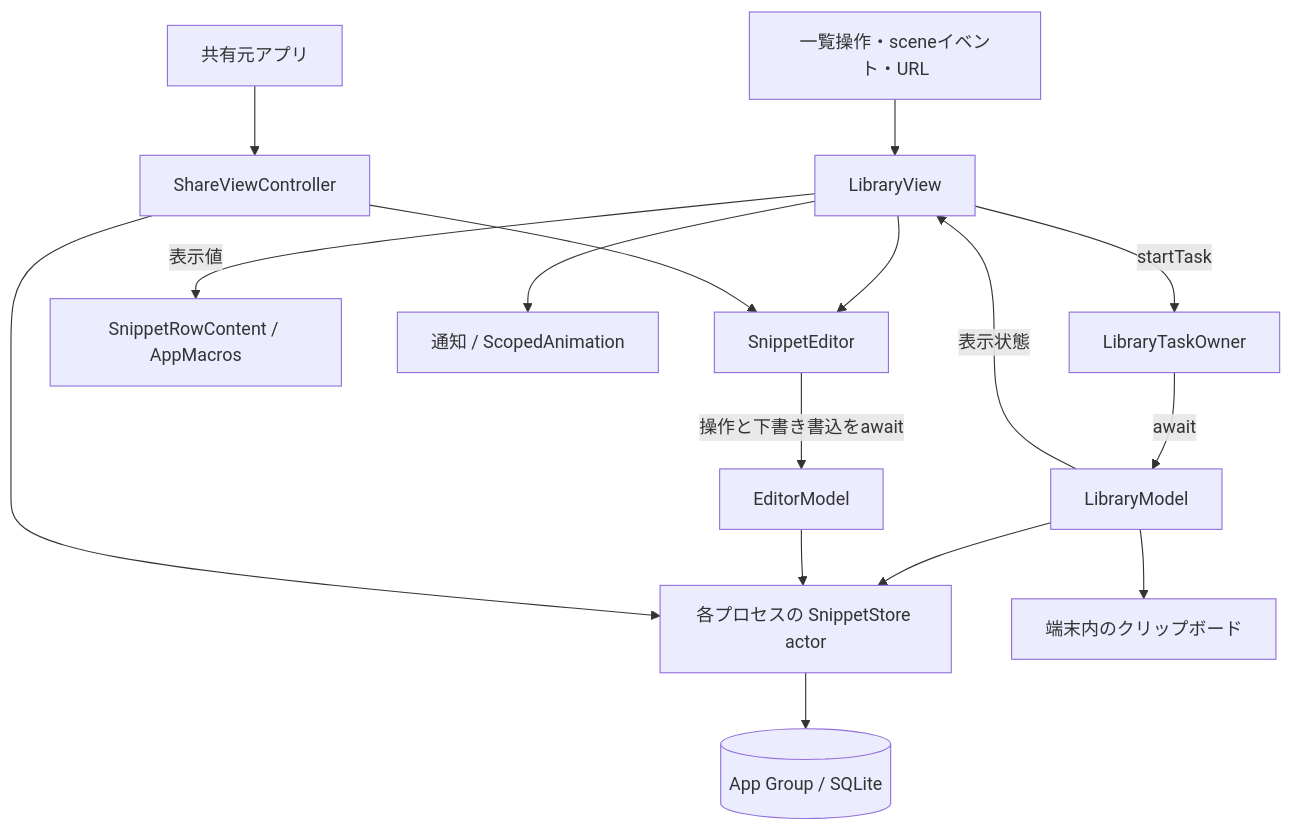
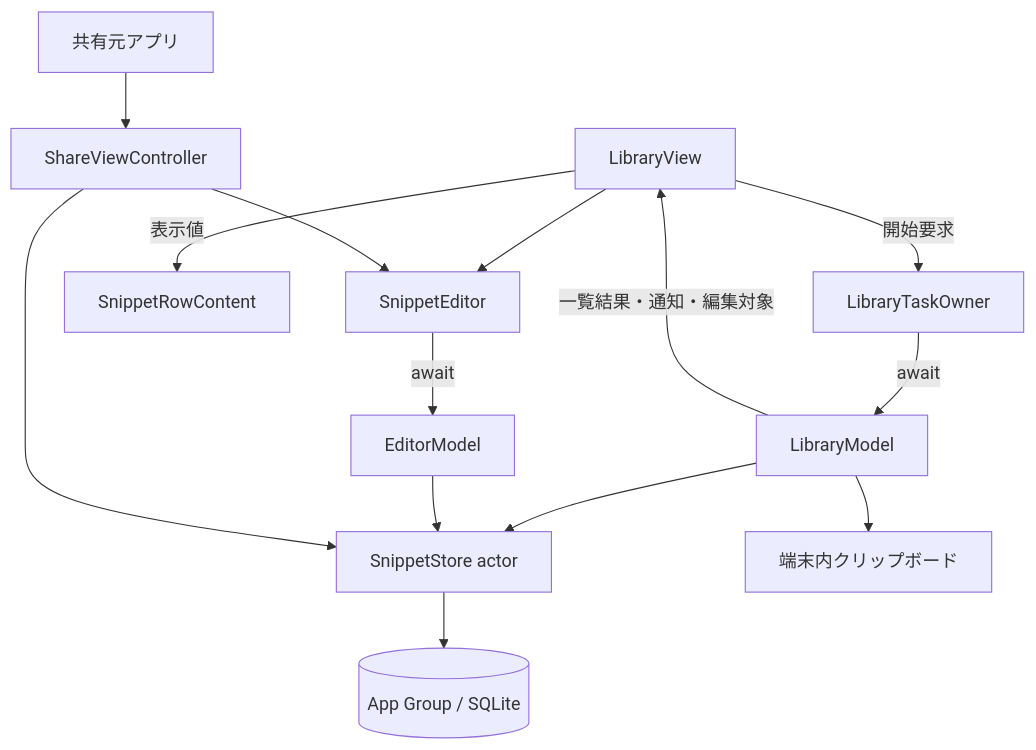
One commit to 9uiLe/nibble changed the first of 2 diagrams in docs/decisions/0002-mvp-app.md. Above: the diagram before and after it, drawn with Mermaid. The commit also changed other lines of this file and 6 other files, not shown here.

Commit message:
Write product design as a self-contained architecture specification

````diff
--- a/docs/decisions/0002-mvp-app.md
+++ b/docs/decisions/0002-mvp-app.md
@@ -53,18 +79,16 @@
 ```mermaid
 flowchart TB
-    Events[一覧操作・sceneイベント・URL] --> LibraryView
-    LibraryView -->|startTask| LibraryTaskOwner
-    LibraryTaskOwner -->|await| LibraryModel
-    LibraryModel -->|表示状態| LibraryView
-    LibraryView -->|表示値| Row[SnippetRowContent / AppMacros]
-    LibraryView --> Notice[通知 / ScopedAnimation]
-    LibraryView --> Editor[SnippetEditor]
-    Host[共有元アプリ] --> ShareViewController
-    ShareViewController --> Editor
-    Editor -->|操作と下書き書込をawait| EditorModel
-    LibraryModel --> Store[各プロセスの SnippetStore actor]
-    EditorModel --> Store
-    ShareViewController --> Store
+    Library[LibraryView] -->|開始要求| Owner[LibraryTaskOwner]
+    Owner -->|await| Model[LibraryModel]
+    Model -->|一覧結果・通知・編集対象| Library
+    Library -->|表示値| Row[SnippetRowContent]
+    Library --> Editor[SnippetEditor]
+    Host[共有元アプリ] --> Share[ShareViewController]
+    Share --> Editor
+    Editor -->|await| Editing[EditorModel]
+    Model --> Store[SnippetStore actor]
+    Editing --> Store
+    Share --> Store
     Store --> DB[(App Group / SQLite)]
-    LibraryModel --> Clipboard[端末内のクリップボード]
+    Model --> Clipboard[端末内クリップボード]
 ```
````
